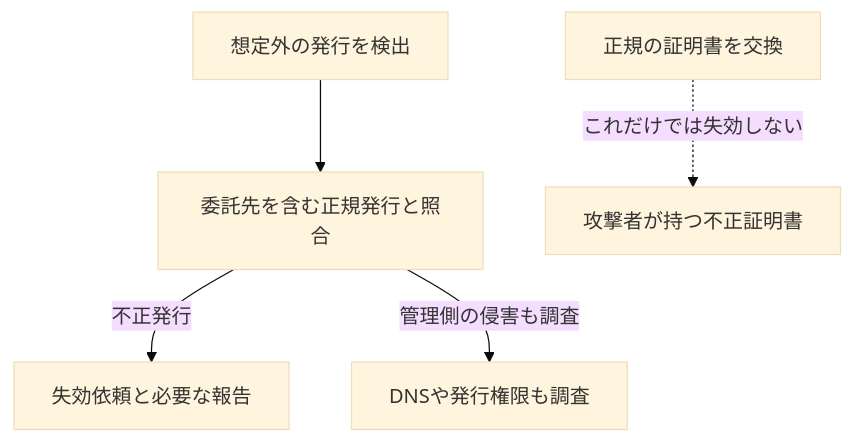
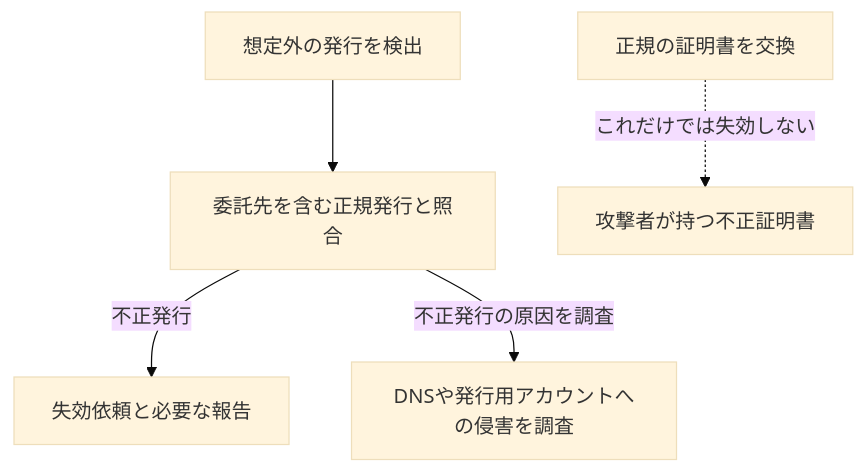
Before and after one commit to aurora1530/learning-materials: the eighth of 9 diagrams in docs/security/20261113-tls-pki-emudhra.md, drawn with Mermaid (base theme). The commit also changed other lines of this file, not shown here.

````diff
--- a/docs/security/20261113-tls-pki-emudhra.md
+++ b/docs/security/20261113-tls-pki-emudhra.md
@@ -242,7 +290,7 @@
 ```mermaid
 flowchart TD
     A["想定外の発行を検出"] --> B["委託先を含む正規発行と照合"]
     B -->|不正発行| C["失効依頼と必要な報告"]
-    B -->|管理側の侵害も調査| D["DNSや発行権限も調査"]
+    B -->|不正発行の原因を調査| D["DNSや発行用アカウントへの侵害を調査"]
     E["正規の証明書を交換"] -. "これだけでは失効しない" .-> F["攻撃者が持つ不正証明書"]
 ```
````
